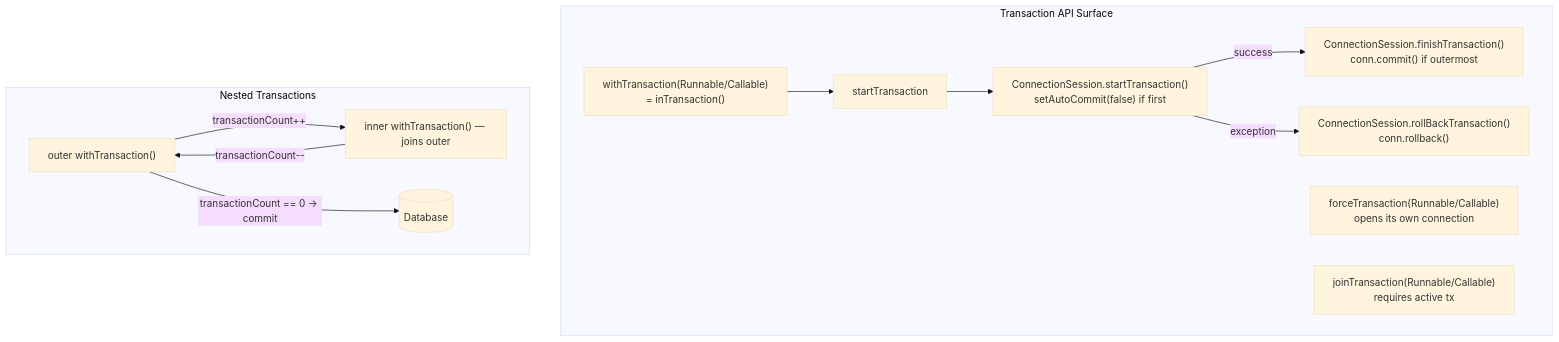
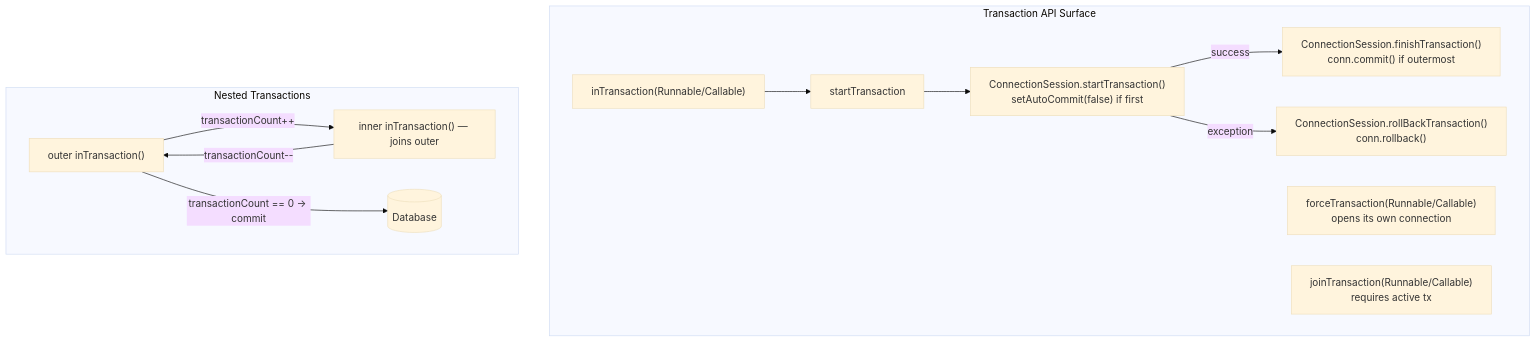
Before and after one commit to msu/pika-orm: the fourth of 17 diagrams in docs/pages/references/system-understanding/architecture.md, drawn with Mermaid (base theme). The commit also changed other lines of this file and 6 other files, not shown here.

````diff
--- a/docs/pages/references/system-understanding/architecture.md
+++ b/docs/pages/references/system-understanding/architecture.md
@@ -406,20 +406,20 @@
 ```mermaid
 flowchart TD
     subgraph TransactionAPI ["Transaction API Surface"]
-        W["withTransaction(Runnable/Callable)\n= inTransaction()"]
+        W["inTransaction(Runnable/Callable)"]
         F["forceTransaction(Runnable/Callable)\nopens its own connection"]
         J["joinTransaction(Runnable/Callable)\nrequires active tx"]
         W --> ST[startTransaction]
         ST --> TX["ConnectionSession.startTransaction()\nsetAutoCommit(false) if first"]
         TX -->|success| CM["ConnectionSession.finishTransaction()\nconn.commit() if outermost"]
         TX -->|exception| RB["ConnectionSession.rollBackTransaction()\nconn.rollback()"]
     end
 
     subgraph Nesting ["Nested Transactions"]
-        N1["outer withTransaction()"]
-        N2["inner withTransaction() — joins outer"]
+        N1["outer inTransaction()"]
+        N2["inner inTransaction() — joins outer"]
         N1 -->|transactionCount++| N2
         N2 -->|transactionCount--| N1
         N1 -->|"transactionCount == 0 → commit"| DB[(Database)]
     end
 ```
````
